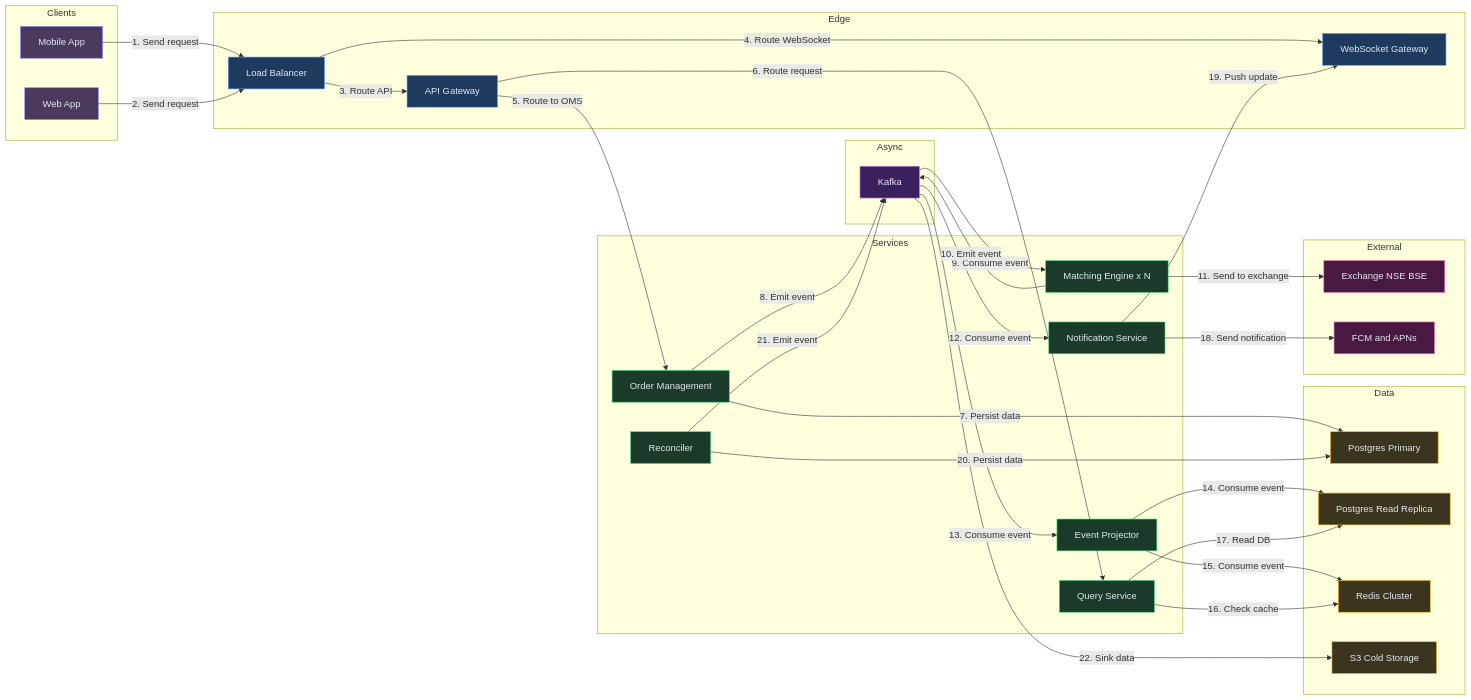
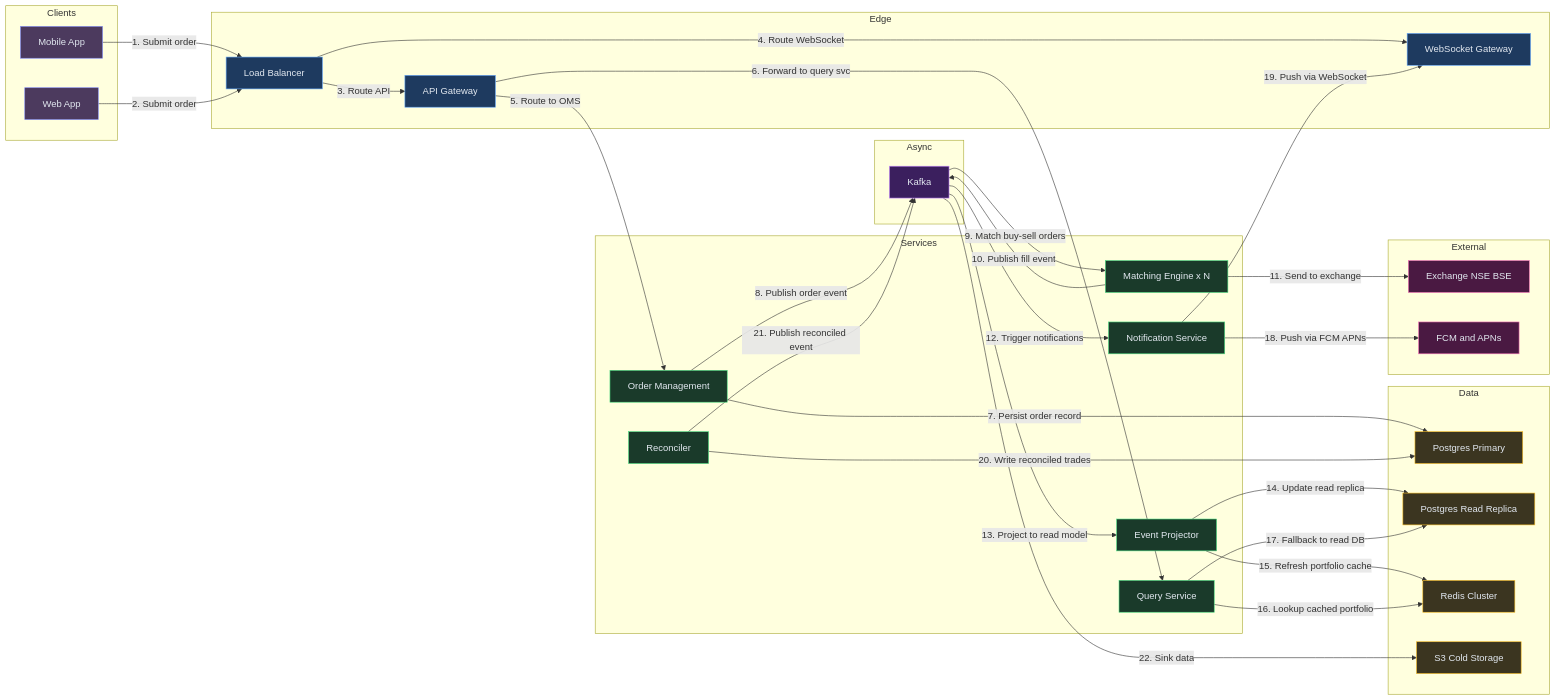
Before and after one commit to iluzn/HLD-Designs: the ninth of 9 diagrams in content/hld/StockBroker.md, drawn with Mermaid. The commit also changed other lines of this file and 27 other files, not shown here.

````diff
--- a/content/hld/StockBroker.md
+++ b/content/hld/StockBroker.md
@@ -564,68 +564,68 @@
 ```mermaid
 flowchart LR
     subgraph Clients
         MOB["Mobile App"]:::client
         WEB["Web App"]:::client
     end
 
     subgraph Edge
         LB["Load Balancer"]:::edge
         GW["API Gateway"]:::edge
         WSG["WebSocket Gateway"]:::edge
     end
 
     subgraph Services
         OMS["Order Management"]:::service
         ME["Matching Engine x N"]:::service
         QS["Query Service"]:::service
         NS["Notification Service"]:::service
         REC["Reconciler"]:::service
         PROJ["Event Projector"]:::service
     end
 
     subgraph Async
         KF["Kafka"]:::async
     end
 
     subgraph Data
         PG["Postgres Primary"]:::data
         PGR["Postgres Read Replica"]:::data
         RD["Redis Cluster"]:::data
         S3["S3 Cold Storage"]:::data
     end
 
     subgraph External
         EX["Exchange NSE BSE"]:::external
         FCM["FCM and APNs"]:::external
     end
 
-    MOB -->|"1. Send request"| LB
-    WEB -->|"2. Send request"| LB
+    MOB -->|"1. Submit order"| LB
+    WEB -->|"2. Submit order"| LB
     LB -->|"3. Route API"| GW
     LB -->|"4. Route WebSocket"| WSG
     GW -->|"5. Route to OMS"| OMS
-    GW -->|"6. Route request"| QS
-    OMS -->|"7. Persist data"| PG
-    OMS -->|"8. Emit event"| KF
-    KF -->|"9. Consume event"| ME
-    ME -->|"10. Emit event"| KF
+    GW -->|"6. Forward to query svc"| QS
+    OMS -->|"7. Persist order record"| PG
+    OMS -->|"8. Publish order event"| KF
+    KF -->|"9. Match buy-sell orders"| ME
+    ME -->|"10. Publish fill event"| KF
     ME -->|"11. Send to exchange"| EX
-    KF -->|"12. Consume event"| NS
-    KF -->|"13. Consume event"| PROJ
-    PROJ -->|"14. Consume event"| PGR
-    PROJ -->|"15. Consume event"| RD
-    QS -->|"16. Check cache"| RD
-    QS -->|"17. Read DB"| PGR
-    NS -->|"18. Send notification"| FCM
-    NS -->|"19. Push update"| WSG
-    REC -->|"20. Persist data"| PG
-    REC -->|"21. Emit event"| KF
+    KF -->|"12. Trigger notifications"| NS
+    KF -->|"13. Project to read model"| PROJ
+    PROJ -->|"14. Update read replica"| PGR
+    PROJ -->|"15. Refresh portfolio cache"| RD
+    QS -->|"16. Lookup cached portfolio"| RD
+    QS -->|"17. Fallback to read DB"| PGR
+    NS -->|"18. Push via FCM APNs"| FCM
+    NS -->|"19. Push via WebSocket"| WSG
+    REC -->|"20. Write reconciled trades"| PG
+    REC -->|"21. Publish reconciled event"| KF
     KF -->|"22. Sink data"| S3
 
     classDef client fill:#4c3a5e,stroke:#818cf8,color:#e2e8f0
     classDef edge fill:#1e3a5f,stroke:#60a5fa,color:#e2e8f0
     classDef service fill:#1a3a2a,stroke:#4ade80,color:#e2e8f0
     classDef async fill:#3b1f5e,stroke:#c084fc,color:#e2e8f0
     classDef data fill:#3b3520,stroke:#fbbf24,color:#e2e8f0
     classDef external fill:#4a1942,stroke:#f472b6,color:#e2e8f0
 ```
````
